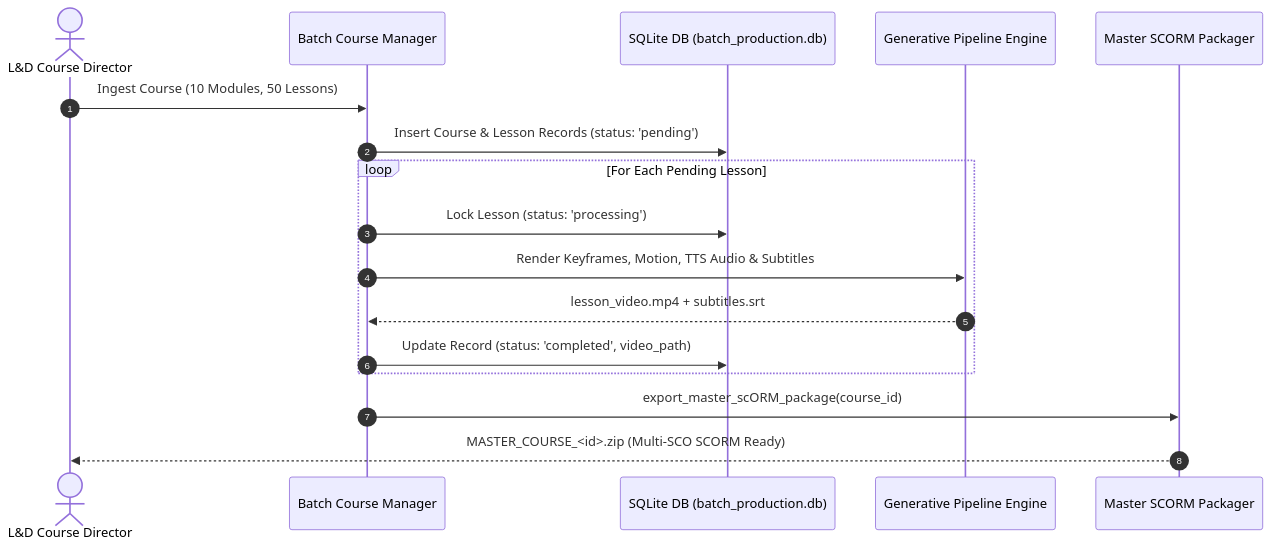
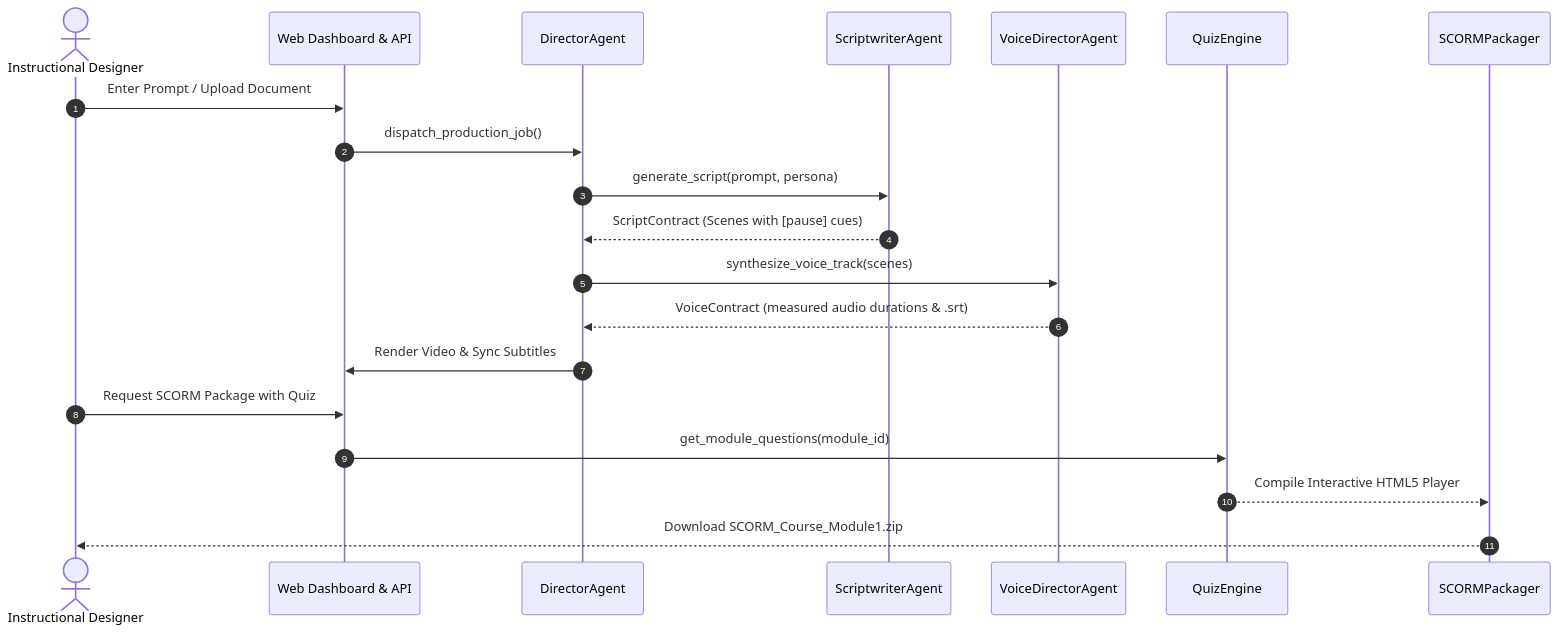
One commit to DrisyonAI/Modular-NeuroClips changed the second of 2 diagrams in README.md. Above: the diagram before and after it, drawn with Mermaid. The commit also changed other lines of this file, not shown here.

Commit message:
docs: comprehensive update to README.md covering multi-agent architecture, persona contracts, quiz engine, and dedicated studios

````diff
--- a/README.md
+++ b/README.md
@@ -97,22 +151,26 @@
 ```mermaid
 sequenceDiagram
     autonumber
-    actor Admin as L&D Course Director
-    participant Batch as Batch Course Manager
-    participant DB as SQLite DB (batch_production.db)
-    participant Engine as Generative Pipeline Engine
-    participant SCORM as Master SCORM Packager
+    actor Creator as Instructional Designer
+    participant Web as Web Dashboard & API
+    participant Dir as DirectorAgent
+    participant Script as ScriptwriterAgent
+    participant Voice as VoiceDirectorAgent
+    participant Quiz as QuizEngine
+    participant Pack as SCORMPackager
 
-    Admin->>Batch: Ingest Course (10 Modules, 50 Lessons)
-    Batch->>DB: Insert Course & Lesson Records (status: 'pending')
-
-    loop For Each Pending Lesson
-        Batch->>DB: Lock Lesson (status: 'processing')
-        Batch->>Engine: Render Keyframes, Motion, TTS Audio & Subtitles
-        Engine-->>Batch: lesson_video.mp4 + subtitles.srt
-        Batch->>DB: Update Record (status: 'completed', video_path)
-    end
-
-    Batch->>SCORM: export_master_scORM_package(course_id)
-    SCORM-->>Admin: MASTER_COURSE_<id>.zip (Multi-SCO SCORM Ready)
+    Creator->>Web: Enter Prompt / Upload Document
+    Web->>Dir: dispatch_production_job()
+    Dir->>Script: generate_script(prompt, persona)
+    Script-->>Dir: ScriptContract (Scenes with [pause] cues)
+    
+    Dir->>Voice: synthesize_voice_track(scenes)
+    Voice-->>Dir: VoiceContract (measured audio durations & .srt)
+    
+    Dir->>Web: Render Video & Sync Subtitles
+    
+    Creator->>Web: Request SCORM Package with Quiz
+    Web->>Quiz: get_module_questions(module_id)
+    Quiz-->>Pack: Compile Interactive HTML5 Player
+    Pack-->>Creator: Download SCORM_Course_Module1.zip
 ```
````
